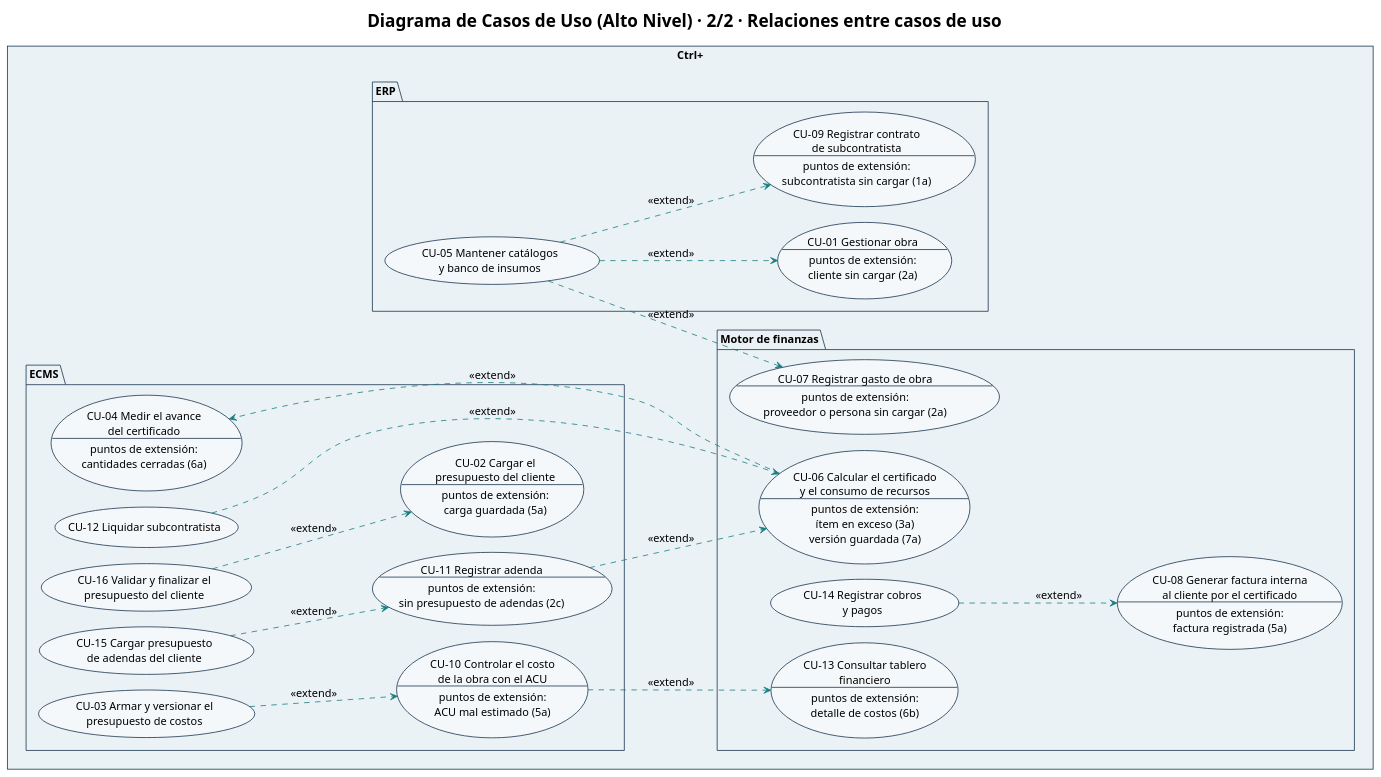
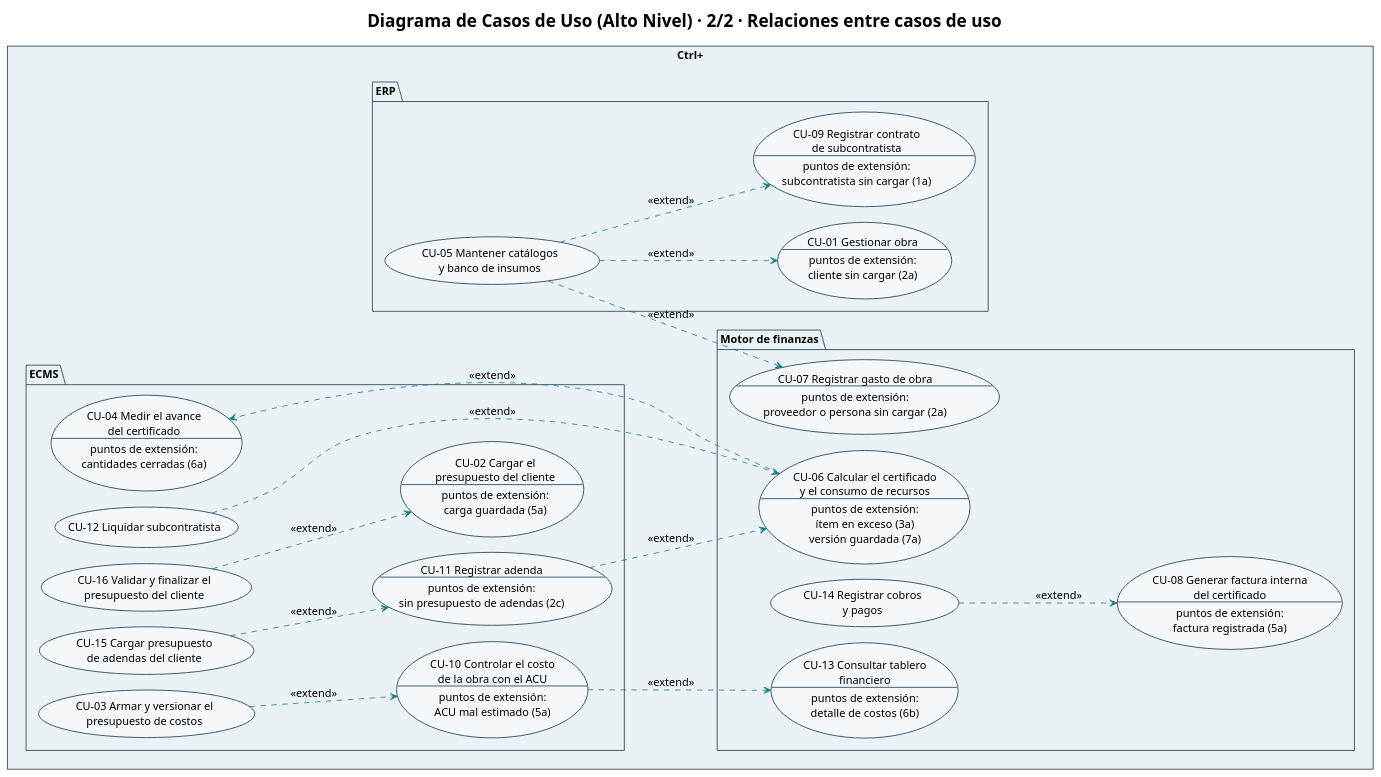
One commit to Ssrrb/tpf-uca changed the diagram in diagramas/CU-00-casos-de-uso-alto-nivel-2-relaciones.puml. Above: the diagram before and after it, drawn with PlantUML. The commit also changed 5 other files, not shown here.

```diff
--- a/diagramas/CU-00-casos-de-uso-alto-nivel-2-relaciones.puml
+++ b/diagramas/CU-00-casos-de-uso-alto-nivel-2-relaciones.puml
@@ -1,66 +1,66 @@
 @startuml
 !theme plain
 skinparam style strictuml
 title Diagrama de Casos de Uso (Alto Nivel) · 2/2 · Relaciones entre casos de uso
 skinparam shadowing false
 skinparam defaultFontName Arial
 skinparam defaultFontSize 14
 skinparam ArrowColor #167C80
 skinparam actor {
   BackgroundColor #F5F8FA
   BorderColor #17324D
 }
 skinparam usecase {
   BackgroundColor #F5F8FA
   BorderColor #17324D
 }
 skinparam rectangle {
   BackgroundColor #FFFFFF
   BorderColor #17324D
 }
 skinparam package {
   BackgroundColor #EAF2F6
   BorderColor #17324D
 }
 left to right direction
 skinparam nodesep 20
 skinparam ranksep 90
 
 rectangle "Ctrl+" {
   package "ERP" {
     usecase "CU-05 Mantener catálogos\ny banco de insumos" as CU05
     usecase "CU-01 Gestionar obra\n--\npuntos de extensión:\ncliente sin cargar (2a)" as CU01
     usecase "CU-09 Registrar contrato\nde subcontratista\n--\npuntos de extensión:\nsubcontratista sin cargar (1a)" as CU09
   }
   package "ECMS" {
     usecase "CU-16 Validar y finalizar el\npresupuesto del cliente" as CU16
     usecase "CU-02 Cargar el\npresupuesto del cliente\n--\npuntos de extensión:\ncarga guardada (5a)" as CU02
     usecase "CU-03 Armar y versionar el\npresupuesto de costos" as CU03
     usecase "CU-10 Controlar el costo\nde la obra con el ACU\n--\npuntos de extensión:\nACU mal estimado (5a)" as CU10
     usecase "CU-15 Cargar presupuesto\nde adendas del cliente" as CU15
     usecase "CU-11 Registrar adenda\n--\npuntos de extensión:\nsin presupuesto de adendas (2c)" as CU11
     usecase "CU-04 Medir el avance\ndel certificado\n--\npuntos de extensión:\ncantidades cerradas (6a)" as CU04
     usecase "CU-12 Liquidar subcontratista" as CU12
   }
   package "Motor de finanzas" {
     usecase "CU-07 Registrar gasto de obra\n--\npuntos de extensión:\nproveedor o persona sin cargar (2a)" as CU07
     usecase "CU-06 Calcular el certificado\ny el consumo de recursos\n--\npuntos de extensión:\nítem en exceso (3a)\nversión guardada (7a)" as CU06
-    usecase "CU-08 Generar factura interna\nal cliente por el certificado\n--\npuntos de extensión:\nfactura registrada (5a)" as CU08
+    usecase "CU-08 Generar factura interna\ndel certificado\n--\npuntos de extensión:\nfactura registrada (5a)" as CU08
     usecase "CU-14 Registrar cobros\ny pagos" as CU14
     usecase "CU-13 Consultar tablero\nfinanciero\n--\npuntos de extensión:\ndetalle de costos (6b)" as CU13
   }
 }
 
 ' UML 2: el «extend» va del caso que agrega comportamiento al caso base
 CU05 ..> CU01 : <<extend>>
 CU05 ..> CU09 : <<extend>>
 CU05 ..> CU07 : <<extend>>
 CU16 ..> CU02 : <<extend>>
 CU03 ..> CU10 : <<extend>>
 CU15 ..> CU11 : <<extend>>
 CU06 ..> CU04 : <<extend>>
 CU11 ..> CU06 : <<extend>>
 CU12 ..> CU06 : <<extend>>
 CU14 ..> CU08 : <<extend>>
 CU10 ..> CU13 : <<extend>>
 @enduml
```
